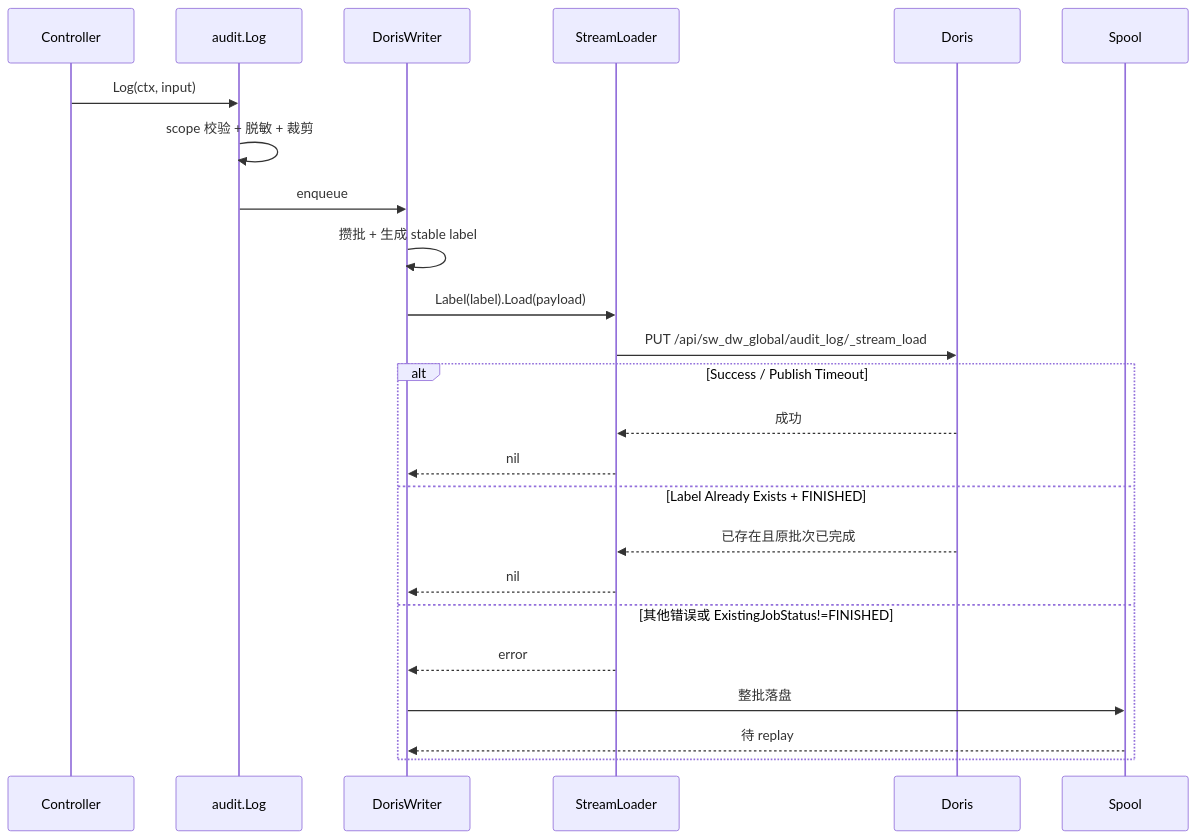
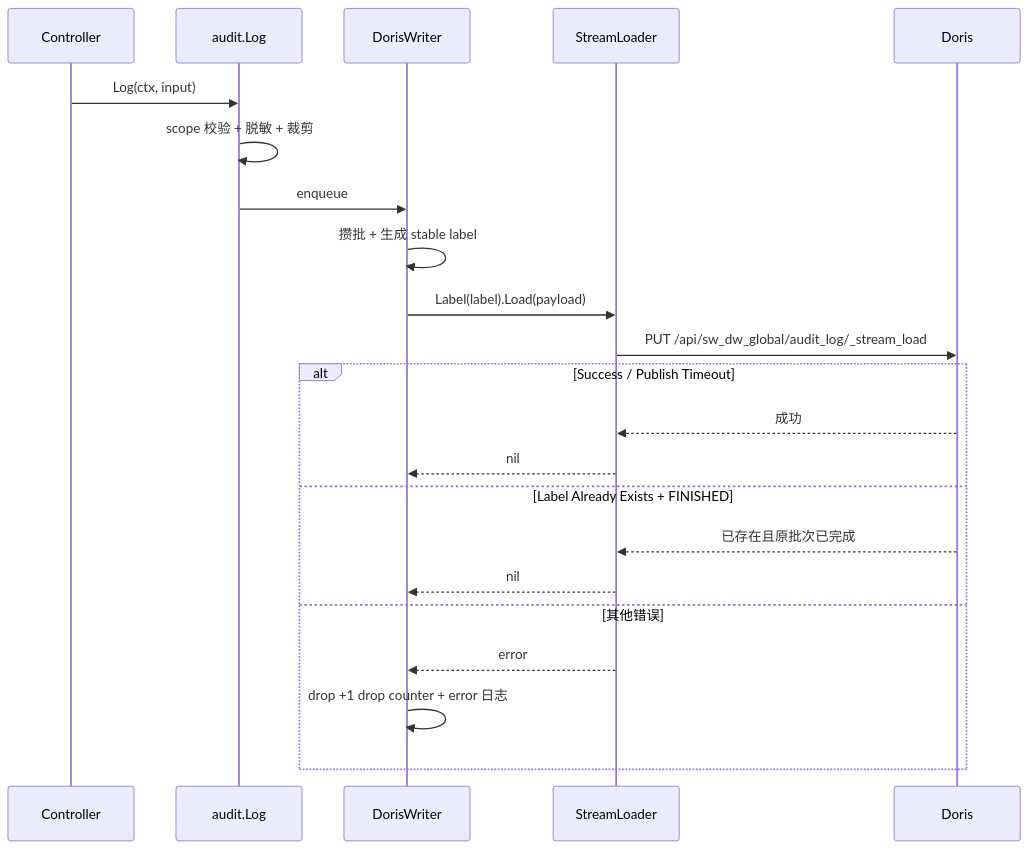
Before and after one commit to qinwenshiCH/workflow: the second of 2 diagrams in specs/20260626-Wave-Feat-AddAuditLog/03-plan-doris.md, drawn with Mermaid. The commit also changed other lines of this file and 4 other files, not shown here.

````diff
--- a/specs/20260626-Wave-Feat-AddAuditLog/03-plan-doris.md
+++ b/specs/20260626-Wave-Feat-AddAuditLog/03-plan-doris.md
@@ -230,27 +223,25 @@
 ```mermaid
 sequenceDiagram
     participant C as Controller
     participant A as audit.Log
     participant W as DorisWriter
     participant SL as StreamLoader
     participant D as Doris
-    participant SP as Spool
 
     C->>A: Log(ctx, input)
     A->>A: scope 校验 + 脱敏 + 裁剪
     A->>W: enqueue
     W->>W: 攒批 + 生成 stable label
     W->>SL: Label(label).Load(payload)
     SL->>D: PUT /api/sw_dw_global/audit_log/_stream_load
     alt Success / Publish Timeout
         D-->>SL: 成功
         SL-->>W: nil
     else Label Already Exists + FINISHED
         D-->>SL: 已存在且原批次已完成
         SL-->>W: nil
-    else 其他错误或 ExistingJobStatus!=FINISHED
+    else 其他错误
         SL-->>W: error
-        W->>SP: 整批落盘
-        SP-->>W: 待 replay
+        W->>W: drop +1 drop counter + error 日志
     end
 ```
````
